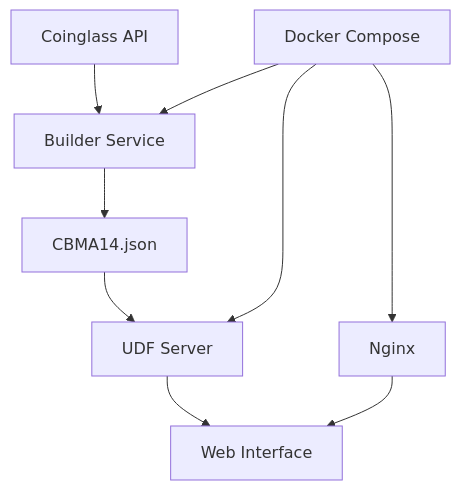
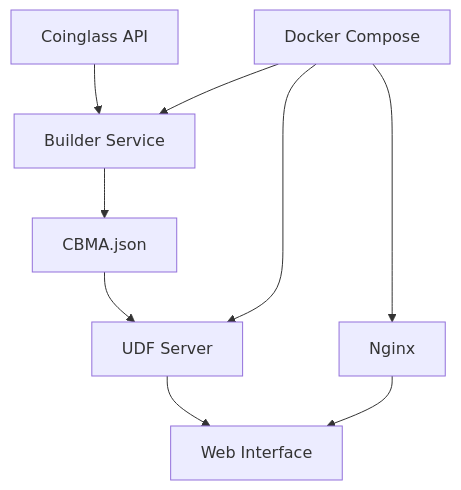
Before and after one commit to nshrd/comp-index: the diagram in README.md, drawn with Mermaid. The commit also changed other lines of this file and 22 other files, not shown here.

````diff
--- a/README.md
+++ b/README.md
@@ -65,11 +65,11 @@
 ```mermaid
 graph TB
     A[Coinglass API] --> B[Builder Service]
-    B --> C[CBMA14.json]
+    B --> C[CBMA.json]
     C --> D[UDF Server]
     D --> E[Web Interface]
     F[Nginx] --> E
     G[Docker Compose] --> B
     G --> D
     G --> F
 ```
````
